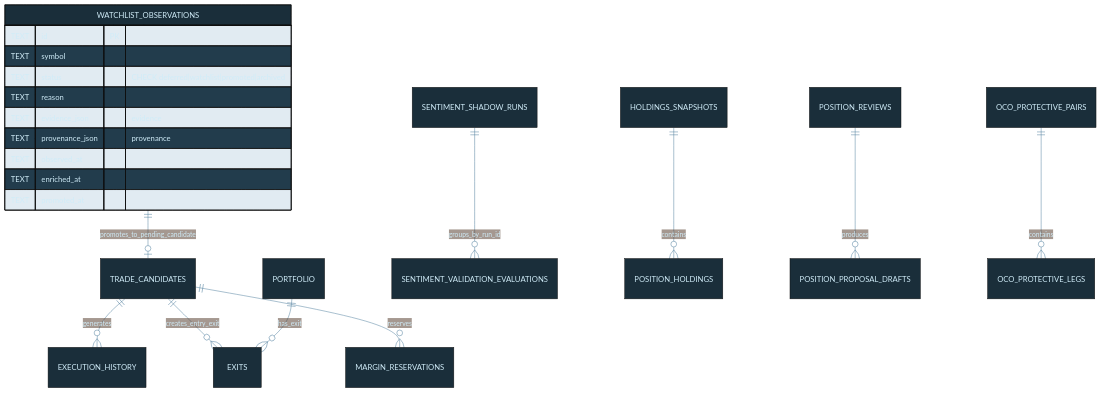
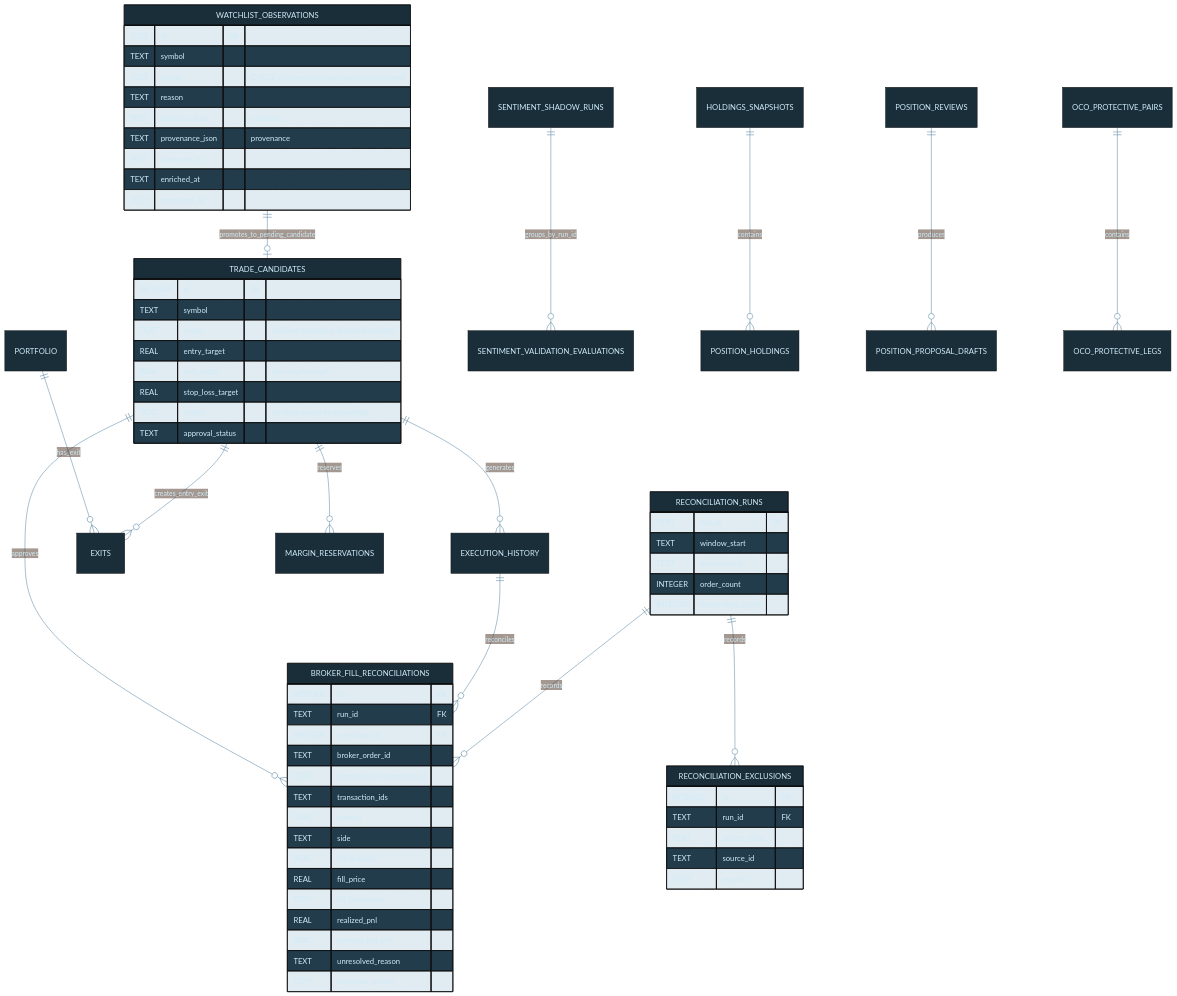
One commit to tylerdrakemusic/-Workspace changed the diagram in diagrams/capital-db-schema.mmd. Above: the diagram before and after it, drawn with Mermaid. The commit also changed 1 other file, not shown here.

Commit message:
⊕ workspace: document picker reliability architecture

```diff
--- a/diagrams/capital-db-schema.mmd
+++ b/diagrams/capital-db-schema.mmd
@@ -1,25 +1,70 @@
 %%{init: {'theme': 'base', 'themeVariables': {'primaryColor': '#1a2e3a', 'primaryTextColor': '#d0ecf8', 'edgeLabelBackground': '#0f1318', 'lineColor': '#4a7a9a'}}}%%
 %% is_derived_view=false
 %% Traceability.derived_views: diagrams/capital-db-derived-trading.mmd, diagrams/capital-db-derived-position-and-validation.mmd
 erDiagram
     TRADE_CANDIDATES ||--o{ EXECUTION_HISTORY : generates
     TRADE_CANDIDATES ||--o{ EXITS : creates_entry_exit
     WATCHLIST_OBSERVATIONS ||--o| TRADE_CANDIDATES : promotes_to_pending_candidate
     PORTFOLIO ||--o{ EXITS : has_exit
     TRADE_CANDIDATES ||--o{ MARGIN_RESERVATIONS : reserves
     SENTIMENT_SHADOW_RUNS ||--o{ SENTIMENT_VALIDATION_EVALUATIONS : groups_by_run_id
     HOLDINGS_SNAPSHOTS ||--o{ POSITION_HOLDINGS : contains
     POSITION_REVIEWS ||--o{ POSITION_PROPOSAL_DRAFTS : produces
     OCO_PROTECTIVE_PAIRS ||--o{ OCO_PROTECTIVE_LEGS : contains
+    RECONCILIATION_RUNS ||--o{ BROKER_FILL_RECONCILIATIONS : records
+    RECONCILIATION_RUNS ||--o{ RECONCILIATION_EXCLUSIONS : records
+    EXECUTION_HISTORY ||--o{ BROKER_FILL_RECONCILIATIONS : reconciles
+    TRADE_CANDIDATES ||--o{ BROKER_FILL_RECONCILIATIONS : approves
+    TRADE_CANDIDATES {
+        INTEGER id PK
+        TEXT symbol
+        TEXT mode "additive migration; default simulated"
+        REAL entry_target
+        REAL exit_target "take-profit target"
+        REAL stop_loss_target
+        TEXT model "runtime model or unavailable"
+        TEXT approval_status
+    }
     WATCHLIST_OBSERVATIONS {
         TEXT id PK
         TEXT symbol
         TEXT status "CHECK deferred|watchlist|promoted|archived"
         TEXT reason
         TEXT evidence_json "evidence"
         TEXT provenance_json "provenance"
         TEXT observed_at
         TEXT enriched_at
         TEXT promoted_at
     }
+    RECONCILIATION_RUNS {
+        TEXT run_id PK
+        TEXT window_start
+        TEXT window_end
+        INTEGER order_count
+        INTEGER transaction_count
+    }
+    BROKER_FILL_RECONCILIATIONS {
+        INTEGER id PK
+        TEXT run_id FK
+        INTEGER execution_id FK
+        TEXT broker_order_id
+        TEXT normalized_transaction_id
+        TEXT transaction_ids
+        TEXT symbol
+        TEXT side
+        REAL fill_quantity
+        REAL fill_price
+        TEXT fill_timestamp
+        REAL realized_pnl
+        REAL realized_pnl_pct
+        TEXT unresolved_reason
+        TEXT exclusion_reason
+    }
+    RECONCILIATION_EXCLUSIONS {
+        INTEGER id PK
+        TEXT run_id FK
+        TEXT source_type
+        TEXT source_id
+        TEXT reason
+    }
     %% Index: idx_watchlist_observations_symbol ON (symbol, observed_at)
```
